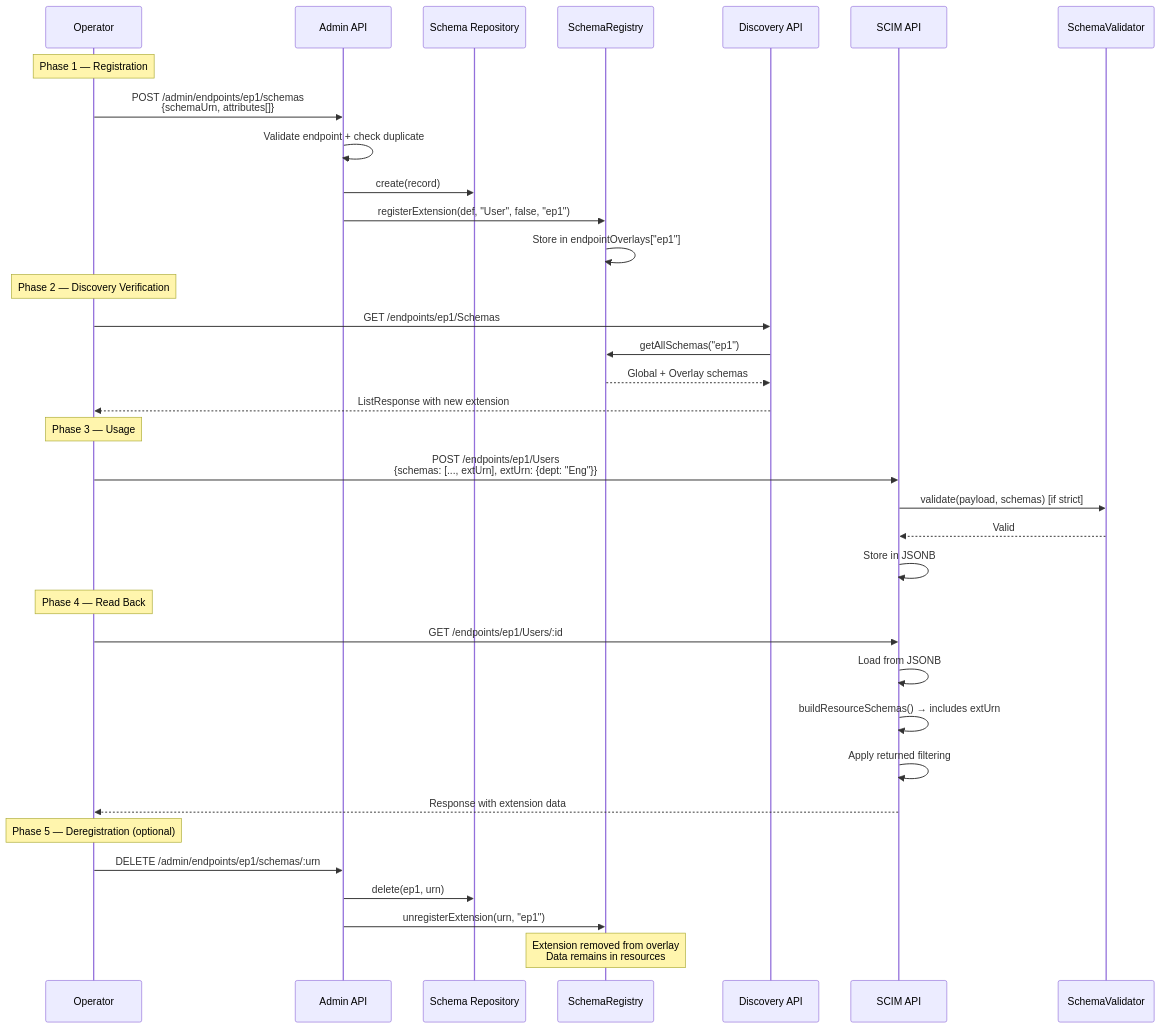
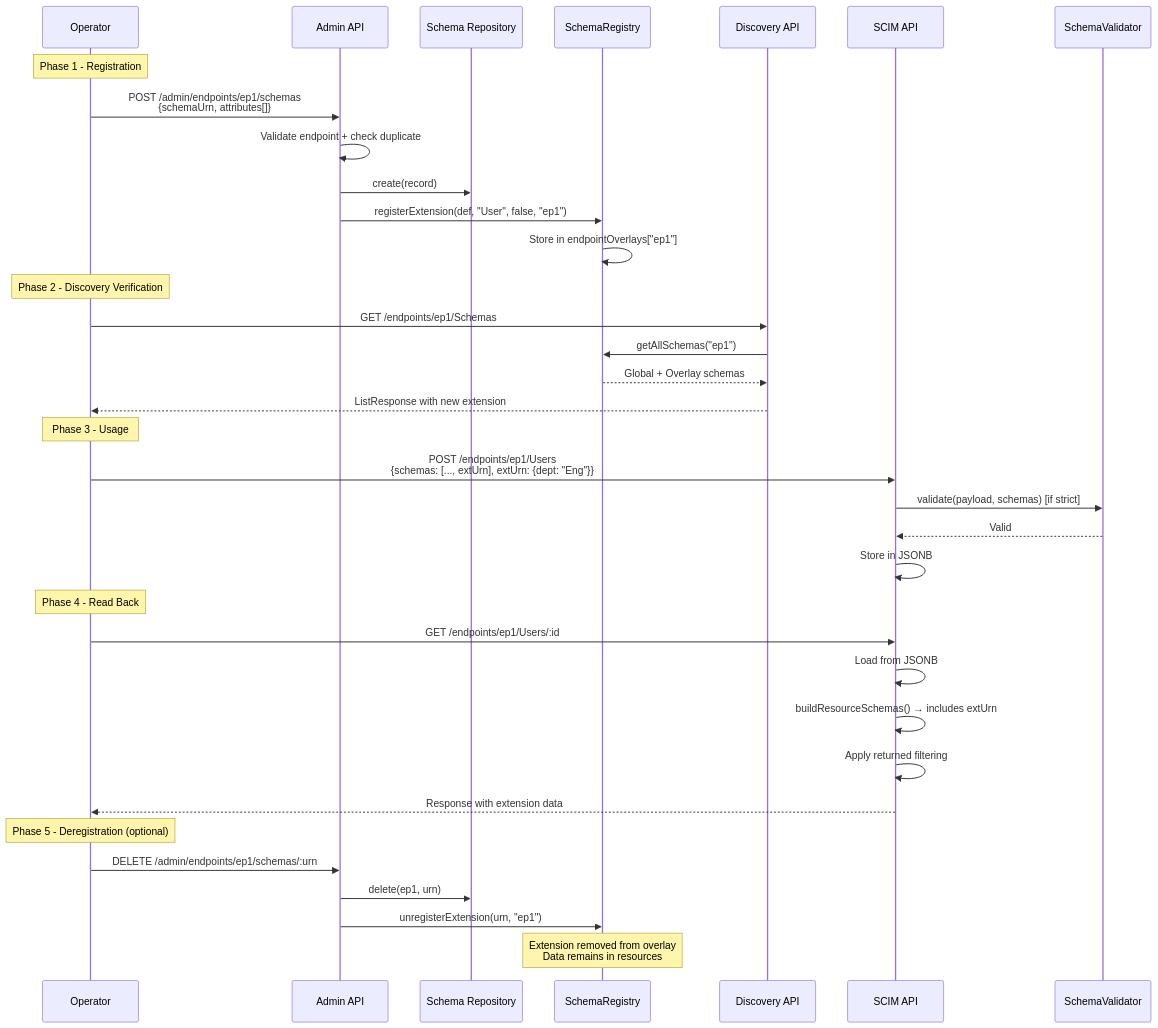
One commit to pranems/SCIMServer changed the diagram in docs/archive/SCHEMA_EXTENSION_FLOWS_AND_COMBINATIONS.md. Above: the diagram before and after it, drawn with Mermaid. The commit also changed other lines of this file and 337 other files, not shown here.

````diff
--- a/docs/archive/SCHEMA_EXTENSION_FLOWS_AND_COMBINATIONS.md
+++ b/docs/archive/SCHEMA_EXTENSION_FLOWS_AND_COMBINATIONS.md
@@ -485,42 +485,42 @@
 ```mermaid
 sequenceDiagram
     participant Op as Operator
     participant Admin as Admin API
     participant Repo as Schema Repository
     participant Reg as SchemaRegistry
     participant Disc as Discovery API
     participant SCIM as SCIM API
     participant Val as SchemaValidator
 
-    Note over Op: Phase 1 — Registration
+    Note over Op: Phase 1 - Registration
     Op->>Admin: POST /admin/endpoints/ep1/schemas<br/>{schemaUrn, attributes[]}
     Admin->>Admin: Validate endpoint + check duplicate
     Admin->>Repo: create(record)
     Admin->>Reg: registerExtension(def, "User", false, "ep1")
     Reg->>Reg: Store in endpointOverlays["ep1"]
 
-    Note over Op: Phase 2 — Discovery Verification
+    Note over Op: Phase 2 - Discovery Verification
     Op->>Disc: GET /endpoints/ep1/Schemas
     Disc->>Reg: getAllSchemas("ep1")
     Reg-->>Disc: Global + Overlay schemas
     Disc-->>Op: ListResponse with new extension
 
-    Note over Op: Phase 3 — Usage
+    Note over Op: Phase 3 - Usage
     Op->>SCIM: POST /endpoints/ep1/Users<br/>{schemas: [..., extUrn], extUrn: {dept: "Eng"}}
     SCIM->>Val: validate(payload, schemas) [if strict]
     Val-->>SCIM: Valid
     SCIM->>SCIM: Store in JSONB
 
-    Note over Op: Phase 4 — Read Back
+    Note over Op: Phase 4 - Read Back
     Op->>SCIM: GET /endpoints/ep1/Users/:id
     SCIM->>SCIM: Load from JSONB
     SCIM->>SCIM: buildResourceSchemas() → includes extUrn
     SCIM->>SCIM: Apply returned filtering
     SCIM-->>Op: Response with extension data
 
-    Note over Op: Phase 5 — Deregistration (optional)
+    Note over Op: Phase 5 - Deregistration (optional)
     Op->>Admin: DELETE /admin/endpoints/ep1/schemas/:urn
     Admin->>Repo: delete(ep1, urn)
     Admin->>Reg: unregisterExtension(urn, "ep1")
     Note over Reg: Extension removed from overlay<br/>Data remains in resources
 ```
````
